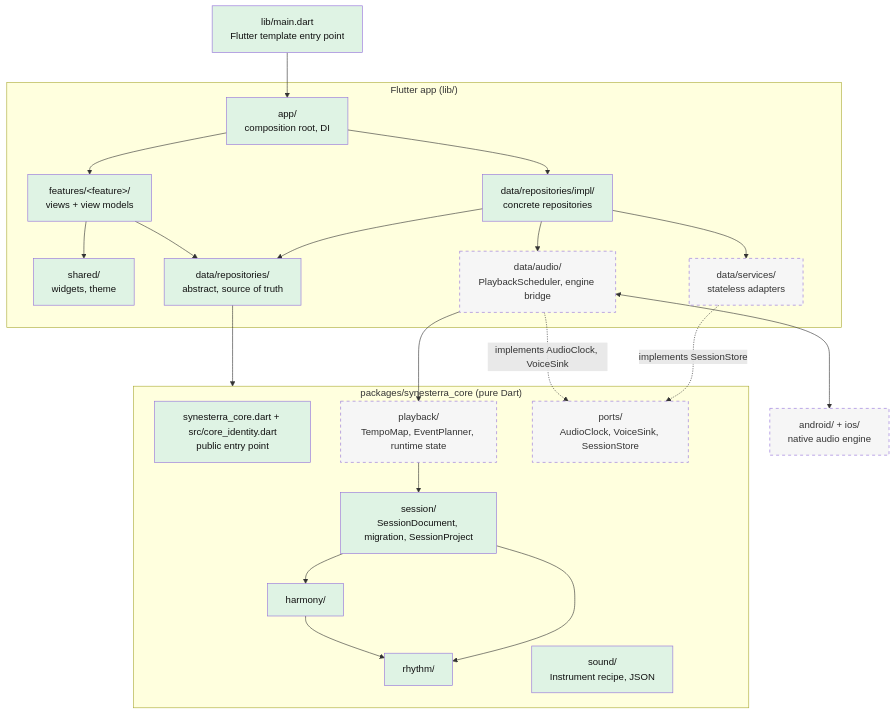
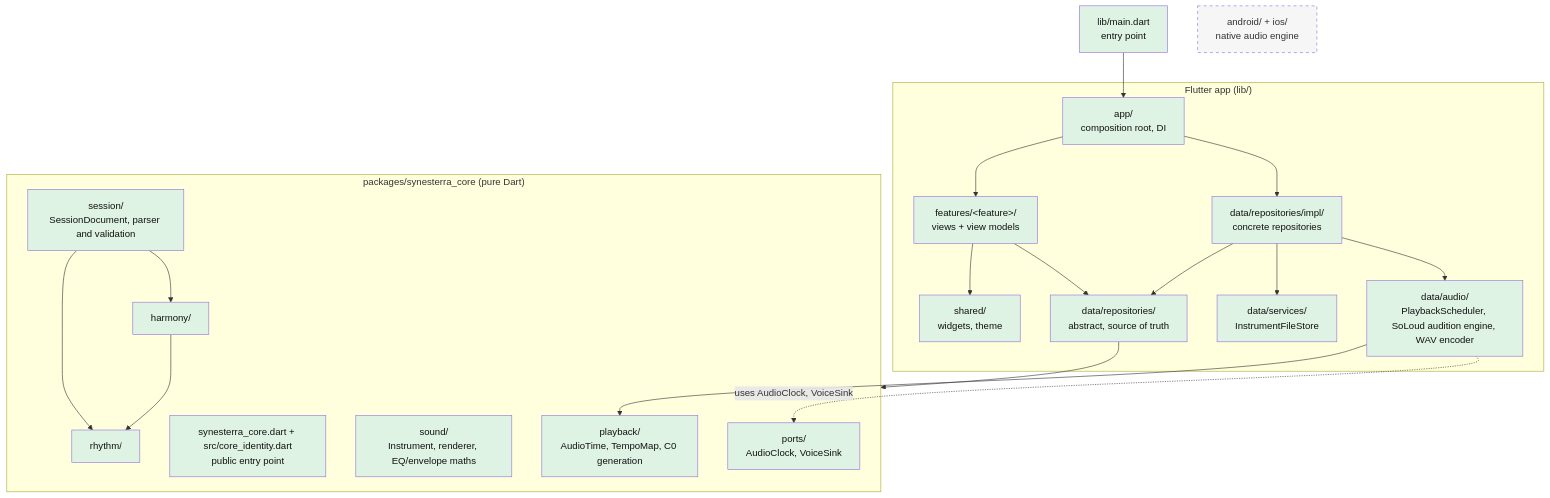
One commit to KornelSzyszka/synesterra-mobile changed the diagram in docs/architecture.md. Above: the diagram before and after it, drawn with Mermaid. The commit also changed other lines of this file and 2 other files, not shown here.

Commit message:
AGT-074: refresh architecture documentation

````diff
--- a/docs/architecture.md
+++ b/docs/architecture.md
@@ -5,48 +5,45 @@
 ```mermaid
 flowchart TD
-    main["lib/main.dart<br/>Flutter template entry point"]
+    main["lib/main.dart<br/>entry point"]
     subgraph app["Flutter app (lib/)"]
         root["app/<br/>composition root, DI"]
         features["features/&lt;feature&gt;/<br/>views + view models"]
         shared["shared/<br/>widgets, theme"]
         repos["data/repositories/<br/>abstract, source of truth"]
         impl["data/repositories/impl/<br/>concrete repositories"]
-        services["data/services/<br/>stateless adapters"]
-        audio["data/audio/<br/>PlaybackScheduler, engine bridge"]
+        services["data/services/<br/>InstrumentFileStore"]
+        audio["data/audio/<br/>PlaybackScheduler, SoLoud audition engine, WAV encoder"]
     end
     subgraph core["packages/synesterra_core (pure Dart)"]
         corePublic["synesterra_core.dart + src/core_identity.dart<br/>public entry point"]
-        session["session/<br/>SessionDocument, migration, SessionProject"]
+        session["session/<br/>SessionDocument, parser and validation"]
         rhythm["rhythm/"]
-        sound["sound/<br/>Instrument recipe, JSON"]
+        sound["sound/<br/>Instrument, renderer, EQ/envelope maths"]
         harmony["harmony/"]
-        playback["playback/<br/>TempoMap, EventPlanner, runtime state"]
-        ports["ports/<br/>AudioClock, VoiceSink, SessionStore"]
+        playback["playback/<br/>AudioTime, TempoMap, C0 generation"]
+        ports["ports/<br/>AudioClock, VoiceSink"]
     end
     native["android/ + ios/<br/>native audio engine"]
 
     main --> root
     root --> features
     root --> impl
     features --> shared
     features --> repos
     impl --> repos
     impl --> services
     impl --> audio
     repos --> core
     audio --> playback
-    audio -. "implements AudioClock, VoiceSink" .-> ports
-    services -. "implements SessionStore" .-> ports
-    audio <--> native
+    audio -. "uses AudioClock, VoiceSink" .-> ports
     harmony --> rhythm
     session --> rhythm
     session --> harmony
-    playback --> session
 
     classDef planned stroke-dasharray: 5 5,fill:#f6f6f6,color:#333
     classDef exists fill:#dff3e4,color:#111
     class main exists
     class corePublic exists
-    class root,features,shared,repos,impl,session,rhythm,harmony,sound exists
-    class services,audio,playback,ports,native planned
+    class root,features,shared,repos,impl,services,audio,session,rhythm,sound,harmony,playback,ports exists
+    class native planned
 ```
````
